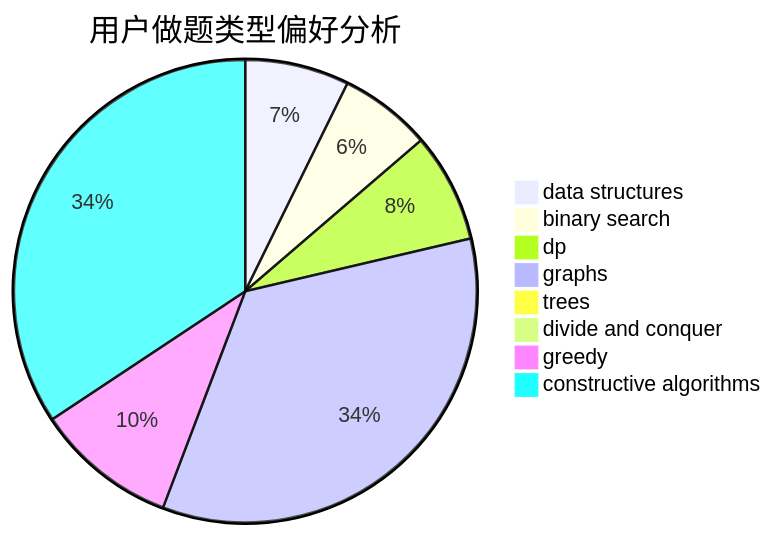
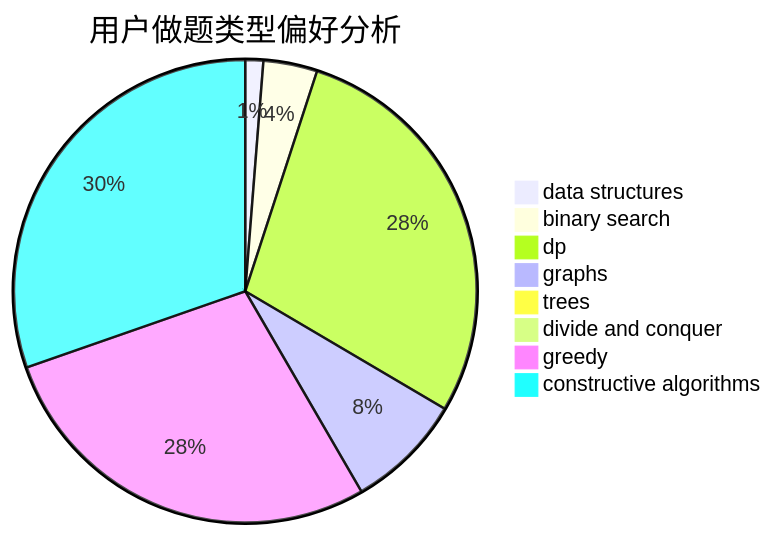
One commit to sherpahu/cfrs.github.io changed the second of 3 diagrams in docs/user/u1784.md. Above: the diagram before and after it, drawn with Mermaid. The commit also changed other lines of this file and 2770 other files, not shown here.

````diff
--- a/docs/user/u1784.md
+++ b/docs/user/u1784.md
@@ -23,11 +23,11 @@
 ```mermaid
 pie title 用户做题类型偏好分析
-    "data structures" :  61
-    "binary search" :  54
-    "dp" :  64
-    "graphs" :  289
-    "trees" :  3
+    "data structures" :  6
+    "binary search" :  18
+    "dp" :  136
+    "graphs" :  39
+    "trees" :  2
     "divide and conquer" :  0
-    "greedy" :  83
-    "constructive algorithms" :  288
+    "greedy" :  134
+    "constructive algorithms" :  145
 ```
````
